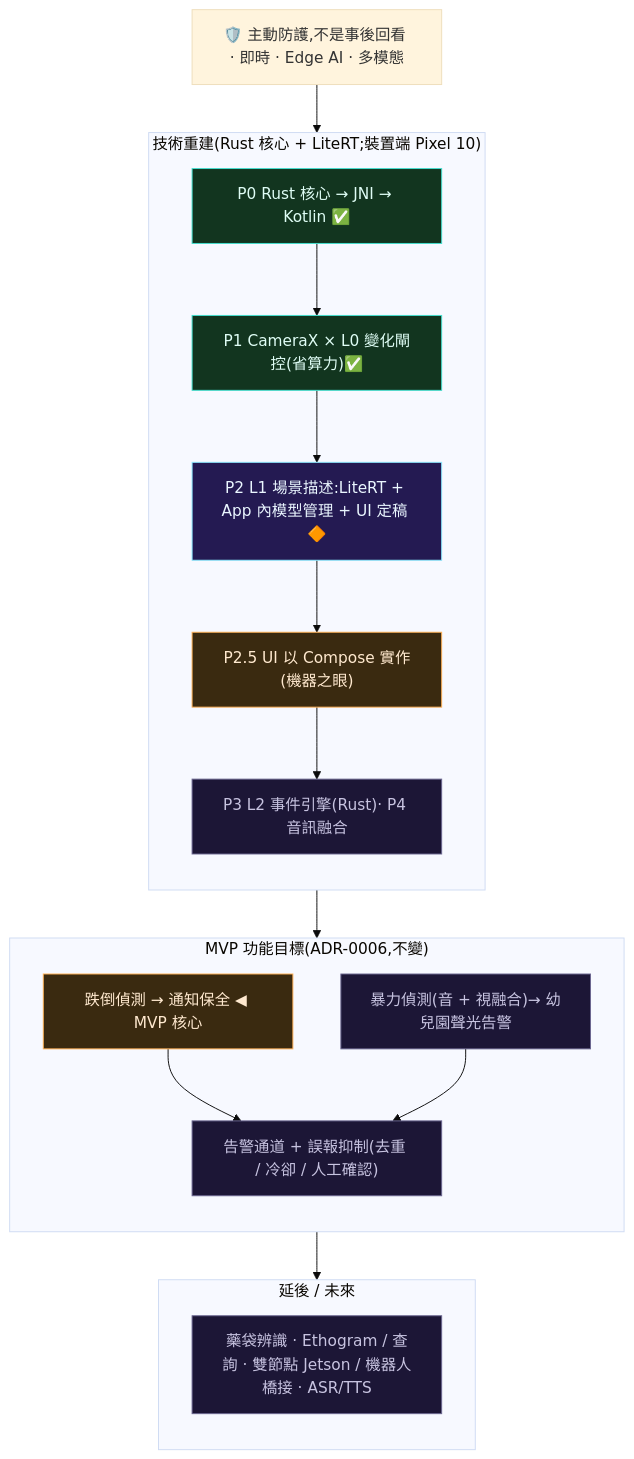
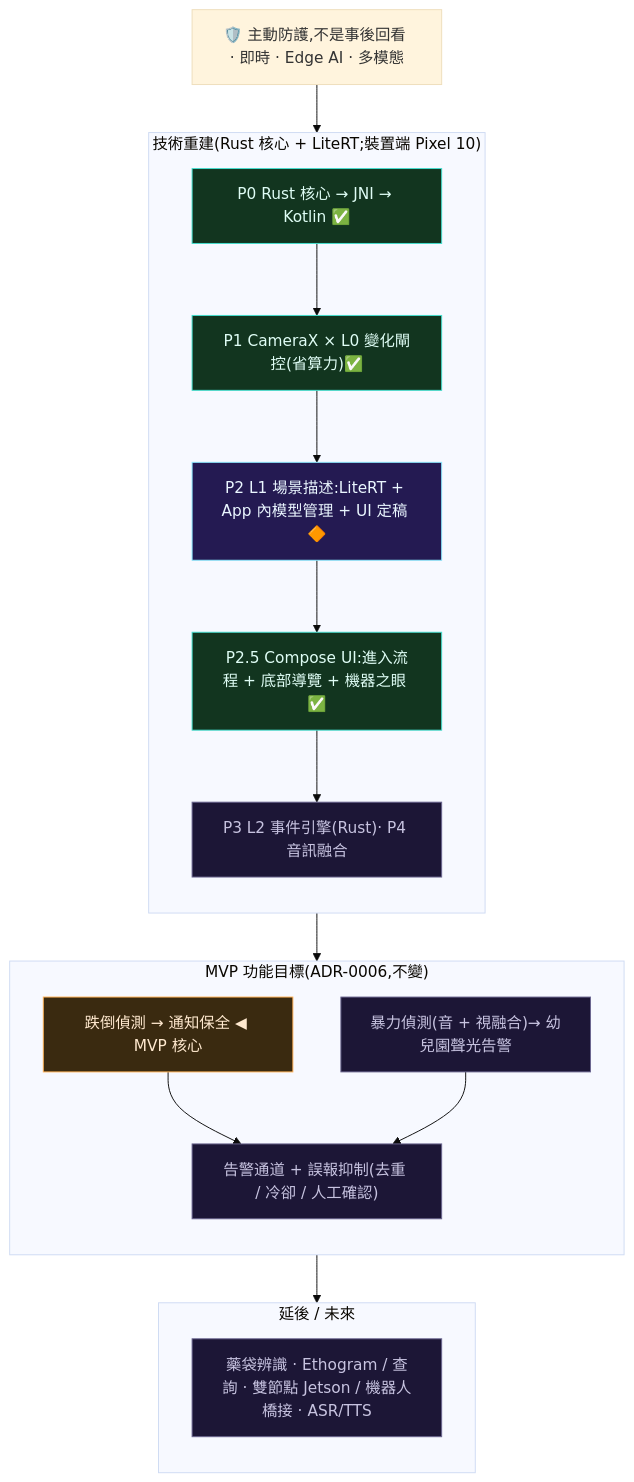
Before and after one commit to TingFengChou/claustrum: the first of 2 diagrams in README.md, drawn with Mermaid (base theme). The commit also changed other lines of this file and 115 other files, not shown here.

First line of the commit message:
feat(android): P2.5 Compose UI 全貌(進入流程 + 底部導覽 + 機器之眼)+ 真 L1 LiteRT (#24)

````diff
--- a/README.md
+++ b/README.md
@@ -63,39 +63,39 @@
 ```mermaid
 flowchart TD
   T["🛡️ 主動防護,不是事後回看 · 即時 · Edge AI · 多模態"]
 
   subgraph TECH["技術重建(Rust 核心 + LiteRT;裝置端 Pixel 10)"]
     direction TB
     P0["P0 Rust 核心 → JNI → Kotlin ✅"]
     P1["P1 CameraX × L0 變化閘控(省算力)✅"]
     P2["P2 L1 場景描述:LiteRT + App 內模型管理 + UI 定稿 🔶"]
-    P25["P2.5 UI 以 Compose 實作(機器之眼)"]
+    P25["P2.5 Compose UI:進入流程 + 底部導覽 + 機器之眼 ✅"]
     P3T["P3 L2 事件引擎(Rust)· P4 音訊融合"]
     P0 --> P1 --> P2 --> P25 --> P3T
   end
 
   subgraph MVP["MVP 功能目標(ADR-0006,不變)"]
     direction TB
     B["跌倒偵測 → 通知保全 ◀ MVP 核心"]
     C["暴力偵測(音 + 視融合)→ 幼兒園聲光告警"]
     D["告警通道 + 誤報抑制(去重 / 冷卻 / 人工確認)"]
     B --> D
     C --> D
   end
 
   subgraph LATER["延後 / 未來"]
     direction TB
     F["藥袋辨識 · Ethogram / 查詢 · 雙節點 Jetson / 機器人橋接 · ASR/TTS"]
   end
 
   T --> TECH --> MVP --> LATER
 
   classDef done fill:#12351f,stroke:#43e0d0,color:#dffdf5;
   classDef now fill:#241a52,stroke:#8be9ff,color:#eaf6ff;
   classDef next fill:#3a2a10,stroke:#ffb054,color:#ffe9cf;
   classDef future fill:#1c1636,stroke:#6b6690,color:#c7c3e0;
-  class P0,P1 done;
+  class P0,P1,P25 done;
   class P2 now;
-  class P25,B next;
+  class B next;
   class C,D,P3T,F future;
 ```
````
